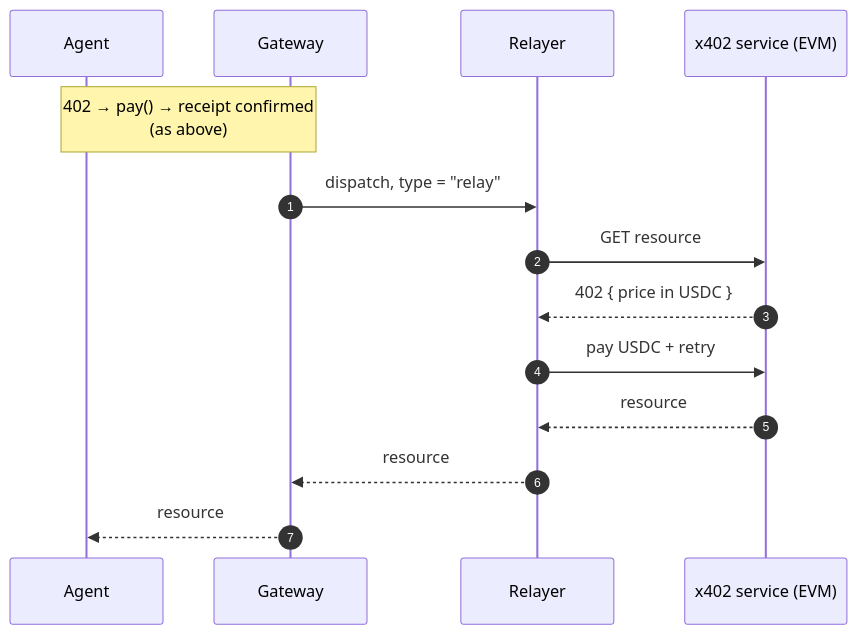
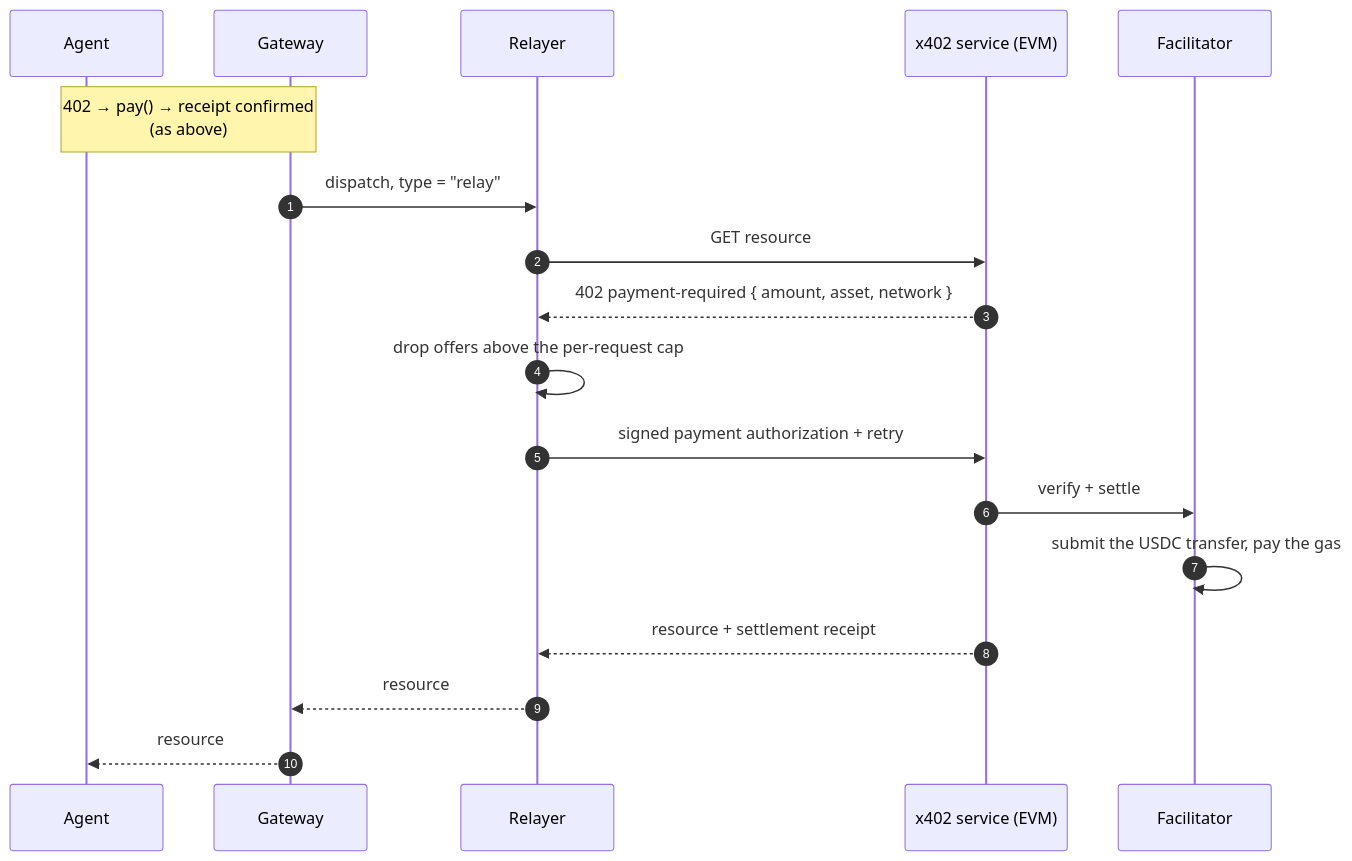
The fifth of 9 diagrams in docs/architecture/payment-flow.md (julianariel/m402), drawn with Mermaid before and after one commit. The commit also changed other lines of this file and 3 other files, not shown here.

````diff
--- a/docs/architecture/payment-flow.md
+++ b/docs/architecture/payment-flow.md
@@ -134,18 +134,22 @@
 ```mermaid
 sequenceDiagram
     autonumber
     participant A as Agent
     participant G as Gateway
     participant R as Relayer
     participant X as x402 service (EVM)
+    participant F as Facilitator
 
     Note over A,G: 402 → pay() → receipt confirmed<br/>(as above)
 
     G->>R: dispatch, type = "relay"
     R->>X: GET resource
-    X-->>R: 402 { price in USDC }
-    R->>X: pay USDC + retry
-    X-->>R: resource
+    X-->>R: 402 payment-required { amount, asset, network }
+    R->>R: drop offers above the per-request cap
+    R->>X: signed payment authorization + retry
+    X->>F: verify + settle
+    F->>F: submit the USDC transfer, pay the gas
+    X-->>R: resource + settlement receipt
     R-->>G: resource
     G-->>A: resource
 ```
````
